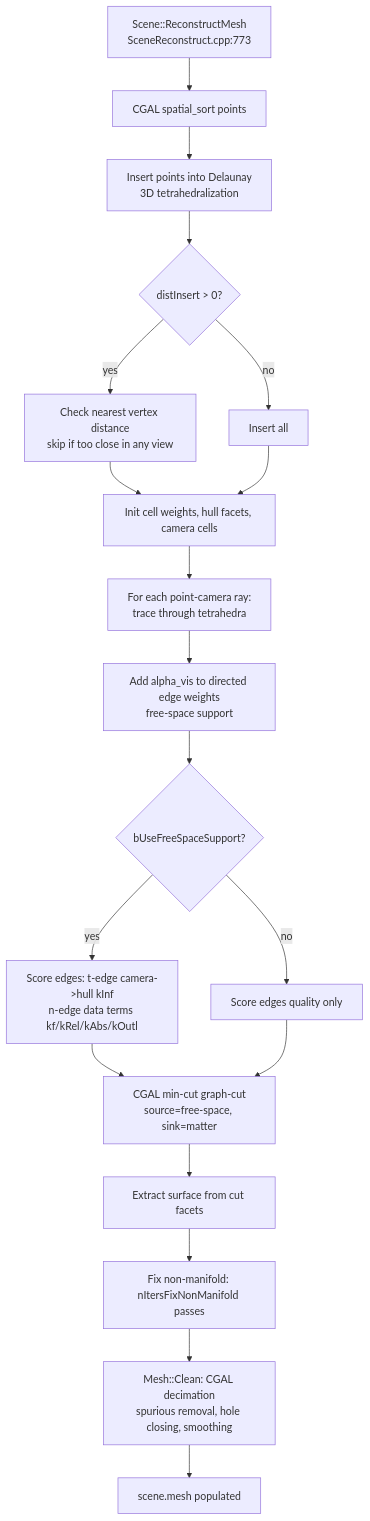
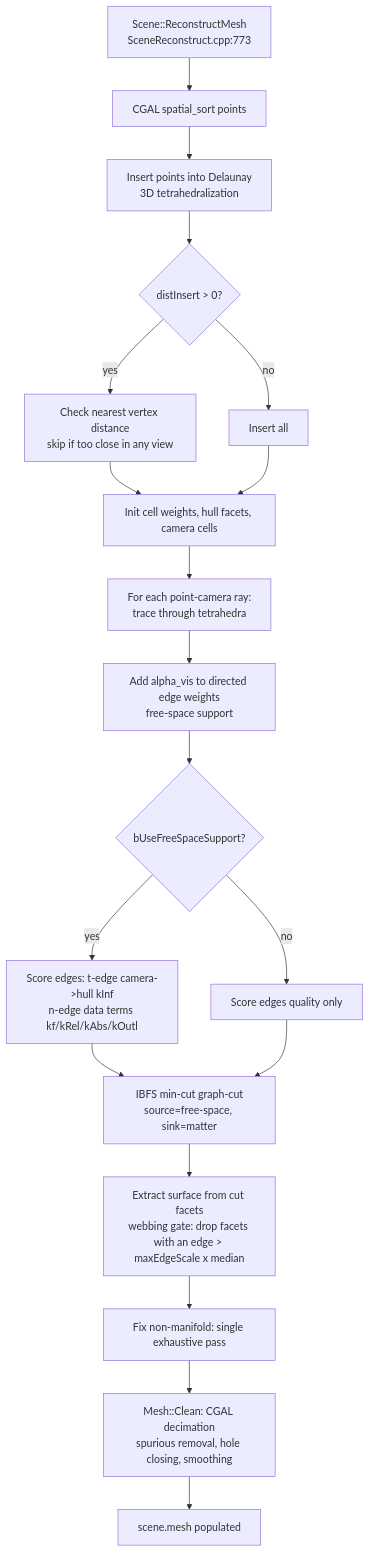
The seventh of 10 diagrams in docs/pipeline-traces.md (cdcseacave/openMVS), drawn with Mermaid before and after one commit. The commit also changed other lines of this file and 3 other files, not shown here.

````diff
--- a/docs/pipeline-traces.md
+++ b/docs/pipeline-traces.md
@@ -507,21 +507,21 @@
 ```mermaid
 graph TD
     A[Scene::ReconstructMesh<br/>SceneReconstruct.cpp:773] --> B[CGAL spatial_sort points]
     B --> C[Insert points into Delaunay<br/>3D tetrahedralization]
     C --> C1{distInsert > 0?}
     C1 -->|yes| C2[Check nearest vertex distance<br/>skip if too close in any view]
     C1 -->|no| C3[Insert all]
     C2 --> D
     C3 --> D[Init cell weights, hull facets, camera cells]
     D --> E[For each point-camera ray:<br/>trace through tetrahedra]
     E --> E1[Add alpha_vis to directed edge weights<br/>free-space support]
     E1 --> F{bUseFreeSpaceSupport?}
     F -->|yes| G[Score edges: t-edge camera->hull kInf<br/>n-edge data terms kf/kRel/kAbs/kOutl]
     F -->|no| H[Score edges quality only]
-    G --> I[CGAL min-cut graph-cut<br/>source=free-space, sink=matter]
+    G --> I[IBFS min-cut graph-cut<br/>source=free-space, sink=matter]
     H --> I
-    I --> J[Extract surface from cut facets]
-    J --> K[Fix non-manifold: nItersFixNonManifold passes]
+    I --> J[Extract surface from cut facets<br/>webbing gate: drop facets with an edge > maxEdgeScale x median]
+    J --> K[Fix non-manifold: single exhaustive pass]
     K --> L[Mesh::Clean: CGAL decimation<br/>spurious removal, hole closing, smoothing]
     L --> M[scene.mesh populated]
 ```
````
